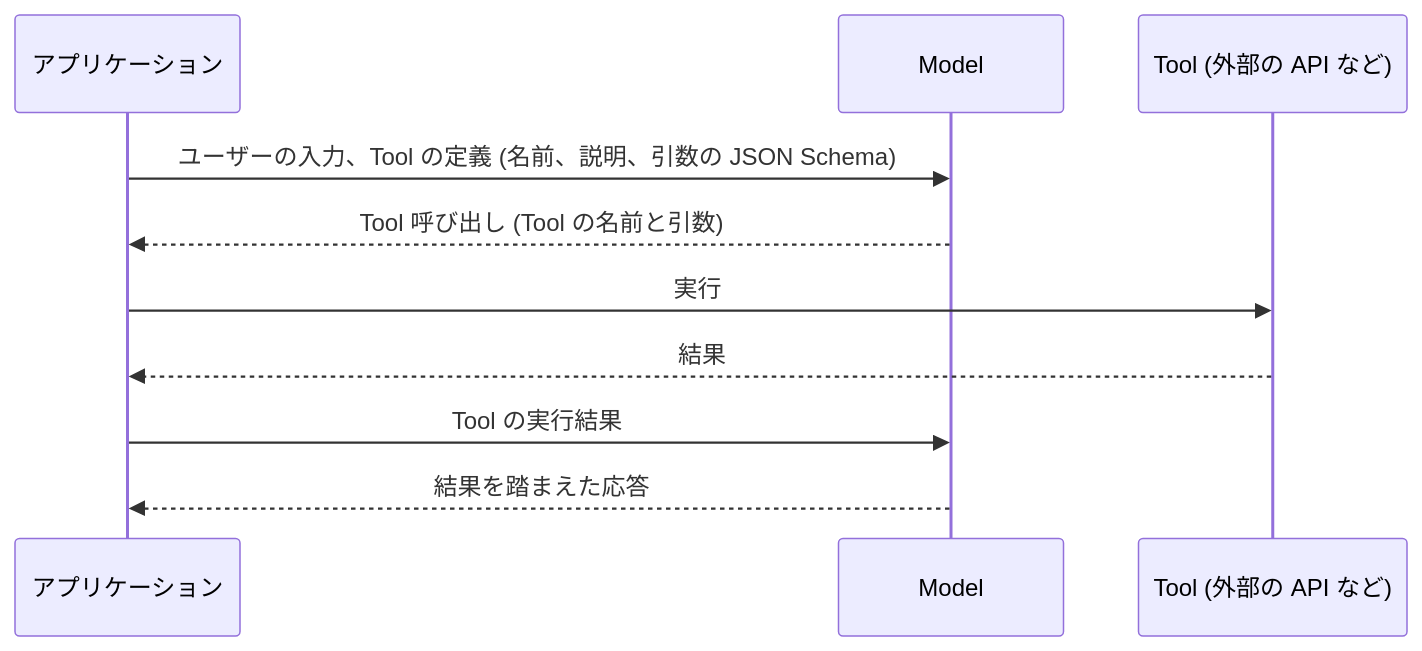
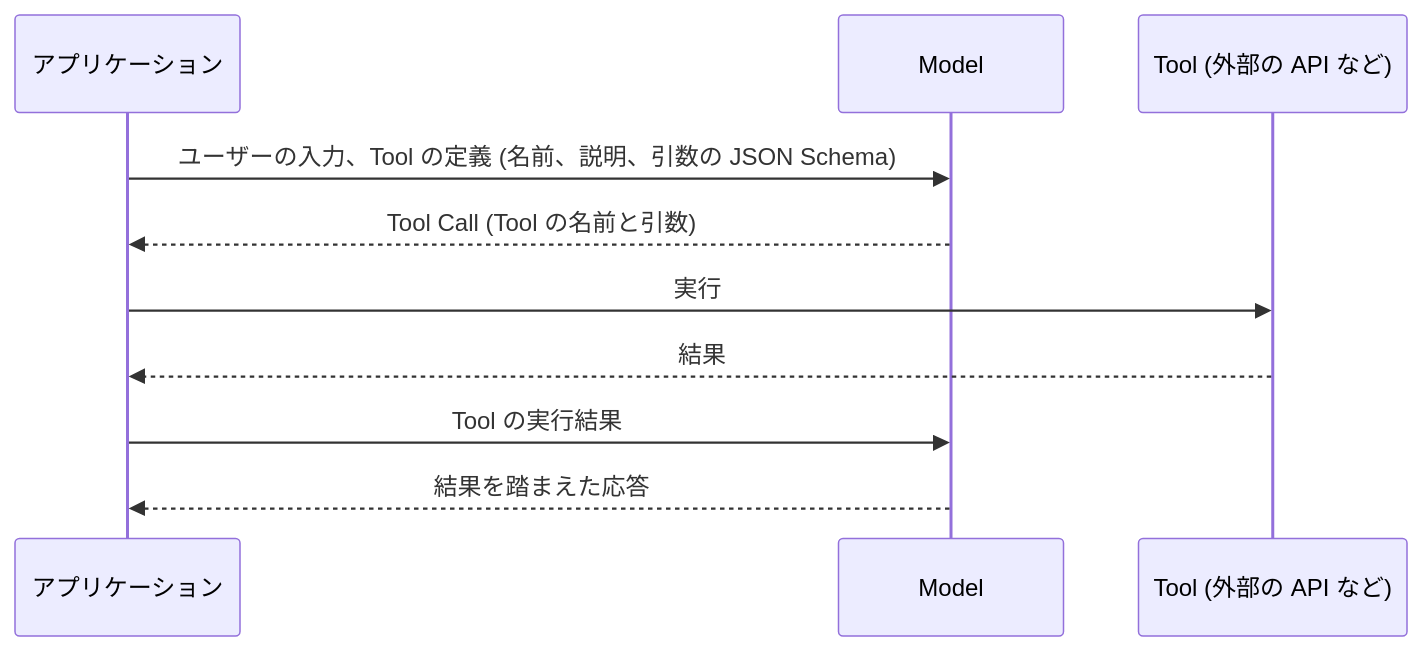
Before and after one commit to p1ass/blog: the first of 6 diagrams in app/routes/posts/agent-concepts-and-modeling/index.mdx, drawn with Mermaid. The commit also changed other lines of this file, not shown here.

First line of the commit message:
用語を Tool Call と Agent Loop にそろえ、Tool の説明を整理する

````diff
--- a/app/routes/posts/agent-concepts-and-modeling/index.mdx
+++ b/app/routes/posts/agent-concepts-and-modeling/index.mdx
@@ -38,12 +38,12 @@
 ```mermaid
 sequenceDiagram
   participant A as アプリケーション
   participant M as Model
   participant T as Tool (外部の API など)
   A->>M: ユーザーの入力、Tool の定義 (名前、説明、引数の JSON Schema)
-  M-->>A: Tool 呼び出し (Tool の名前と引数)
+  M-->>A: Tool Call (Tool の名前と引数)
   A->>T: 実行
   T-->>A: 結果
   A->>M: Tool の実行結果
   M-->>A: 結果を踏まえた応答
 ```
````
